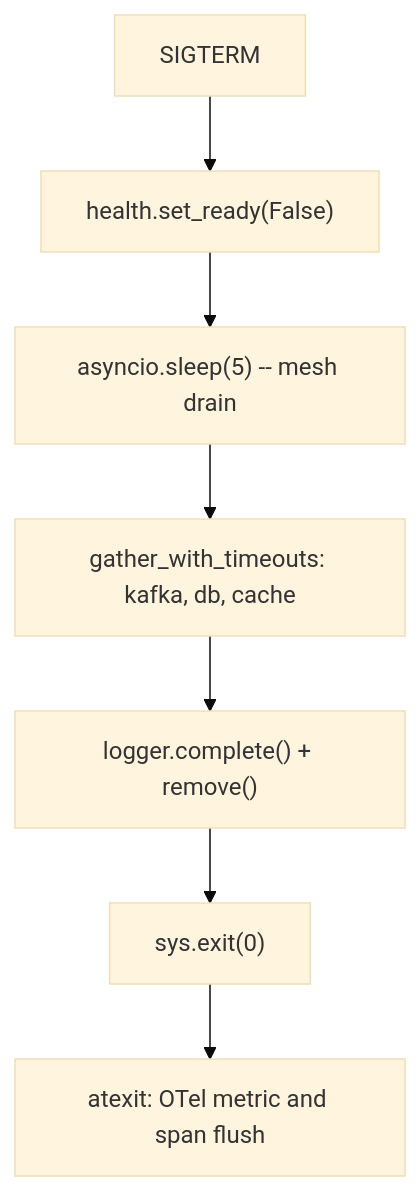
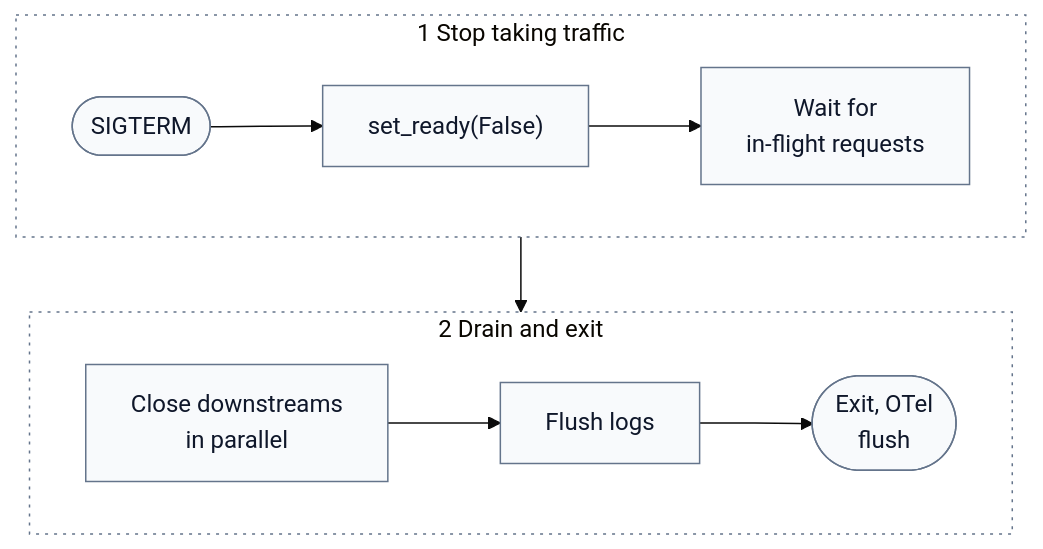
The diagram in docs/core-pillars/shutdown.md (hyperi-io/scalo-py), drawn with Mermaid (base theme) before and after one commit. The commit also changed other lines of this file and 38 other files, not shown here.

First line of the commit message:
docs(scalo-py): fix 14 claims and redraw the diagrams

````diff
--- a/docs/core-pillars/shutdown.md
+++ b/docs/core-pillars/shutdown.md
@@ -144,9 +134,19 @@
 ```mermaid
 flowchart TB
-    Sigterm["SIGTERM"] --> NotReady["health.set_ready(False)"]
-    NotReady --> Sleep["asyncio.sleep(5) -- mesh drain"]
-    Sleep --> Drain["gather_with_timeouts: kafka, db, cache"]
-    Drain --> Log["logger.complete() + remove()"]
-    Log --> Exit["sys.exit(0)"]
-    Exit --> Otel["atexit: OTel metric and span flush"]
+    accTitle: L4 Detail -- Shutdown sequence
+    accDescr: On SIGTERM the app sets readiness false and waits for in-flight requests. Then it closes downstreams in parallel, flushes the logs, and exits, and the OTel atexit hooks flush at exit.
+
+    subgraph s1["1 Stop taking traffic"]
+        direction LR
+        sigterm(["SIGTERM"]) --> notready["set_ready(False)"] --> wait["Wait for<br/>in-flight requests"]
+    end
+    subgraph s2["2 Drain and exit"]
+        direction LR
+        drain["Close downstreams<br/>in parallel"] --> logs["Flush logs"] --> exit(["Exit, OTel<br/>flush"])
+    end
+    s1 --> s2
+
+    classDef default fill:#F8FAFC,stroke:#64748B,stroke-width:1px,color:#0F172A
+    classDef group fill:none,stroke:#64748B,stroke-width:1px,stroke-dasharray:2 4
+    class s1,s2 group
 ```
````
